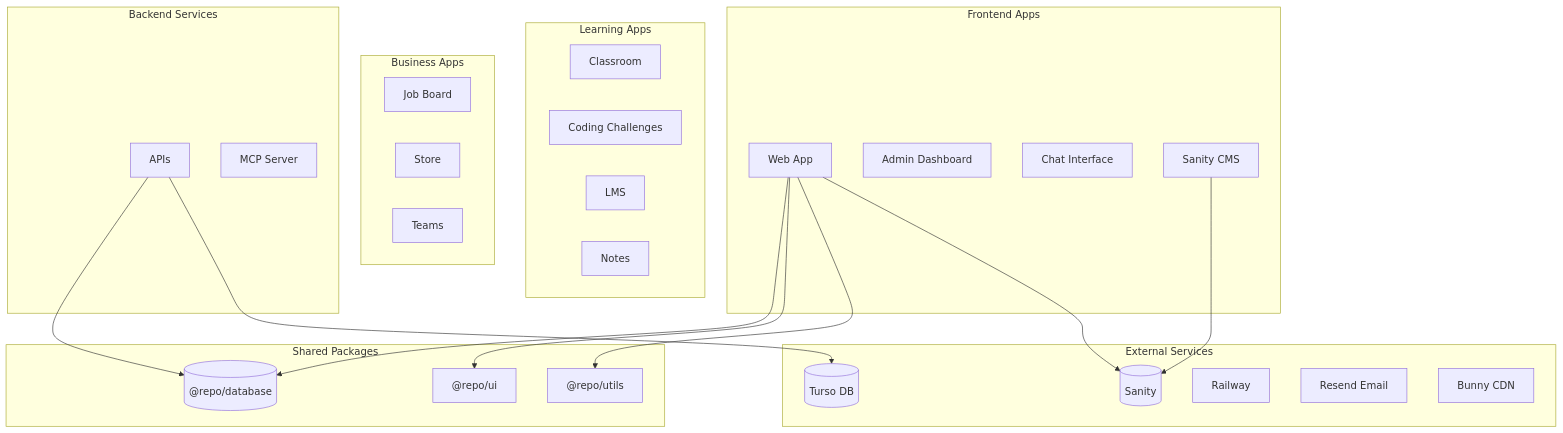
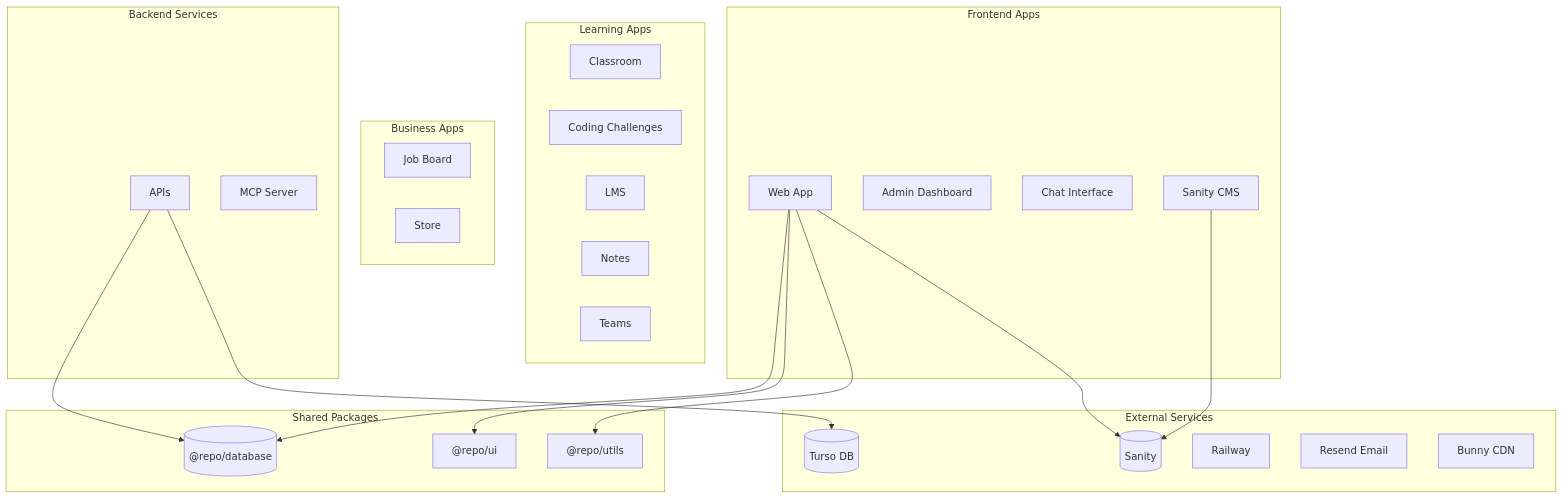
One commit to tekbreed/platform changed the diagram in docs/architecture.md. Above: the diagram before and after it, drawn with Mermaid. The commit also changed other lines of this file and 11 other files, not shown here.

````diff
--- a/docs/architecture.md
+++ b/docs/architecture.md
@@ -7,49 +7,49 @@
 ```mermaid
 graph TB
     subgraph "Frontend Apps"
         WEB[Web App]
         ADMIN[Admin Dashboard]
         CHAT[Chat Interface]
         CMS[Sanity CMS]
     end
 
     subgraph "Learning Apps"
         CLASSROOM[Classroom]
         CHALLENGES[Coding Challenges]
         LMS[LMS]
         NOTES[Notes]
+        TEAMS[Teams]
     end
 
     subgraph "Business Apps"
         JOBS[Job Board]
         STORE[Store]
-        TEAMS[Teams]
     end
 
     subgraph "Backend Services"
         APIS[APIs]
         MCP[MCP Server]
     end
 
     subgraph "Shared Packages"
         DB[("@repo/database")]
         UI["@repo/ui"]
         UTILS["@repo/utils"]
     end
 
     subgraph "External Services"
         SANITY[(Sanity)]
         TURSO[(Turso DB)]
         RAILWAY[Railway]
         RESEND[Resend Email]
         BUNNY[Bunny CDN]
     end
 
     WEB --> DB
     WEB --> UI
     WEB --> UTILS
     WEB --> SANITY
     APIS --> DB
     APIS --> TURSO
     CMS --> SANITY
 ```
````
